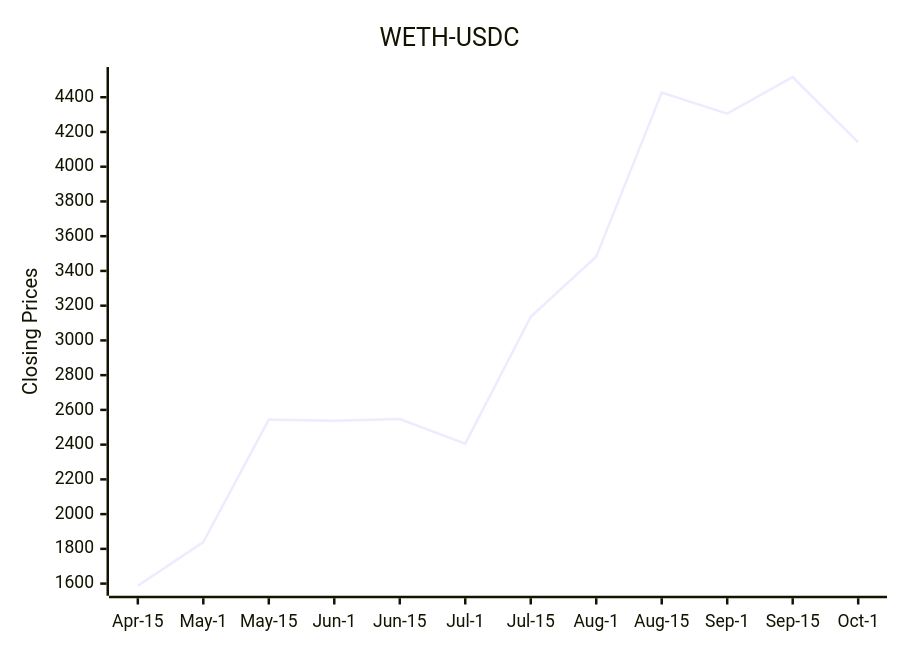
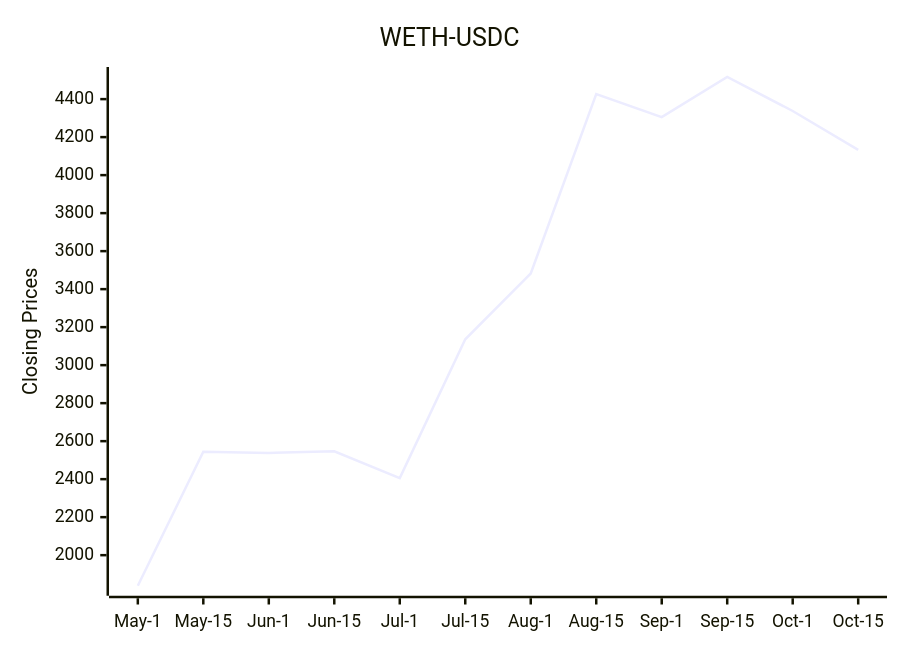
Before and after one commit to bicced/ReadmeCryptoPriceChart: the diagram in README.md, drawn with Mermaid.

Commit message:
Update README with latest DEX data

````diff
--- a/README.md
+++ b/README.md
@@ -6,7 +6,7 @@
 ```mermaid
 xychart-beta
   title "WETH-USDC"
-  x-axis [Apr-15,May-1,May-15,Jun-1,Jun-15,Jul-1,Jul-15,Aug-1,Aug-15,Sep-1,Sep-15,Oct-1]
-  y-axis "Closing Prices" 1587.66 --> 4516.39403113754
-  line [1587.66,1839.06,2544.38,2538.04,2547.02,2405.73,3136.3,3482.42836863059,4426.73412630884,4305.29196667193,4516.39403113754,4139.40029810346]
+  x-axis [May-1,May-15,Jun-1,Jun-15,Jul-1,Jul-15,Aug-1,Aug-15,Sep-1,Sep-15,Oct-1,Oct-15]
+  y-axis "Closing Prices" 1839.06 --> 4516.39403113754
+  line [1839.06,2544.38,2538.04,2547.02,2405.73,3136.3,3482.42836863059,4426.73412630884,4305.29196667193,4516.39403113754,4337.4165948864,4132.53709467449]
 ```
````
